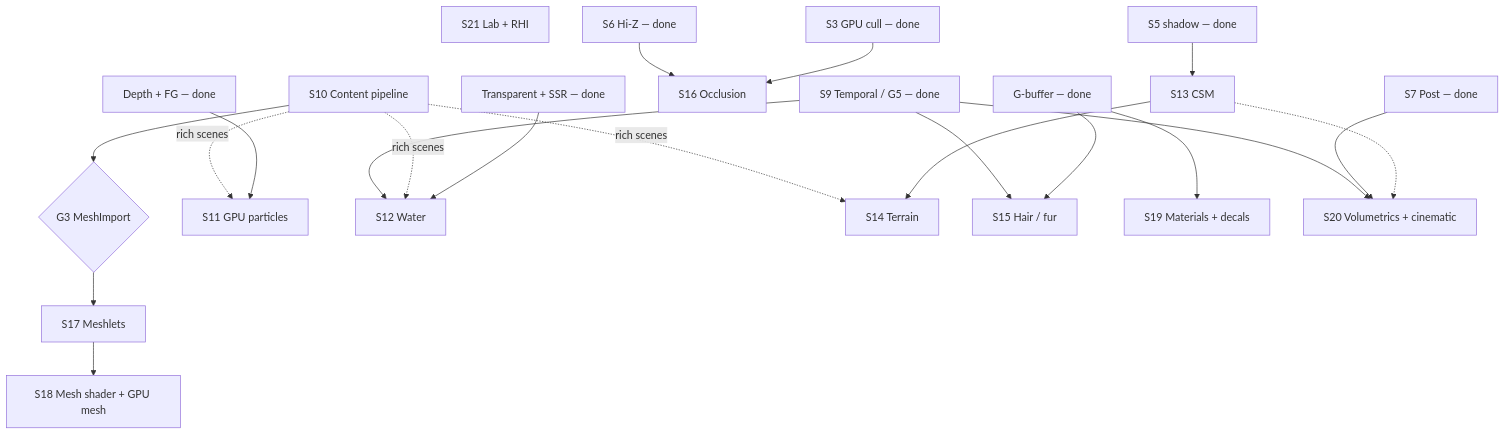
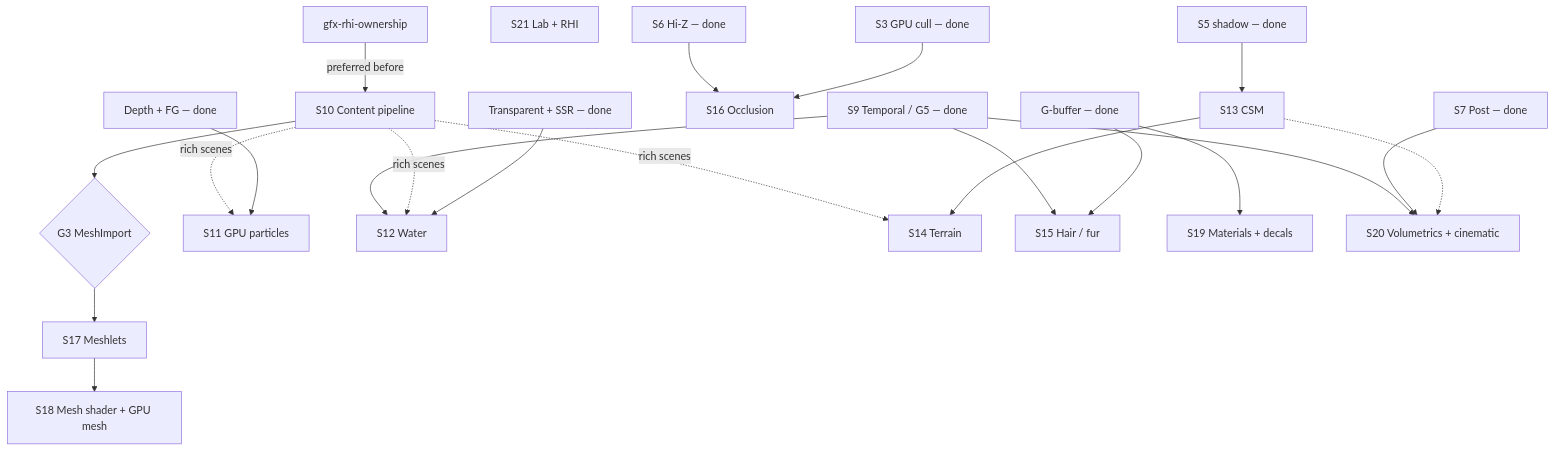
The diagram in Docs/Active-Plan.md (PluseggWill/SiriusEngine_VulkanReboot), drawn with Mermaid before and after one commit. The commit also changed other lines of this file and 30 other files, not shown here.

First line of the commit message:
[VulkanDesktop] Start Rhi ownership: FG Begin/End, compute create, Hi-Z fix.

````diff
--- a/Docs/Active-Plan.md
+++ b/Docs/Active-Plan.md
@@ -36,35 +37,37 @@
 ```mermaid
 flowchart TB
   S9done[S9 Temporal / G5 — done]
   S10[S10 Content pipeline]
   G3{G3 MeshImport}
   S11[S11 GPU particles]
   S12[S12 Water]
   S13[S13 CSM]
   S14[S14 Terrain]
   S15[S15 Hair / fur]
   S16[S16 Occlusion]
   S17[S17 Meshlets]
   S18[S18 Mesh shader + GPU mesh]
   S19[S19 Materials + decals]
   S20[S20 Volumetrics + cinematic]
+  Own[gfx-rhi-ownership]
   S21[S21 Lab + RHI]
 
+  Own -->|preferred before| S10
   S9done --> S12
   S9done --> S15
   S9done --> S20
   S10 --> G3
   S10 -.->|rich scenes| S11
   S10 -.->|rich scenes| S12
   S10 -.->|rich scenes| S14
   DepthFG[Depth + FG — done] --> S11
   TransSSR[Transparent + SSR — done] --> S12
   S5done[S5 shadow — done] --> S13 --> S14
   GBdone[G-buffer — done] --> S15
   GBdone --> S19
   S6done[S6 Hi-Z — done] --> S16
   S3done[S3 GPU cull — done] --> S16
   G3 --> S17 --> S18
   S7done[S7 Post — done] --> S20
   S13 -.-> S20
 ```
````
